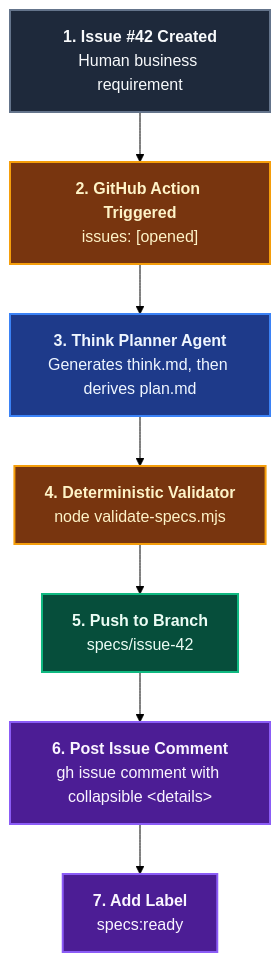
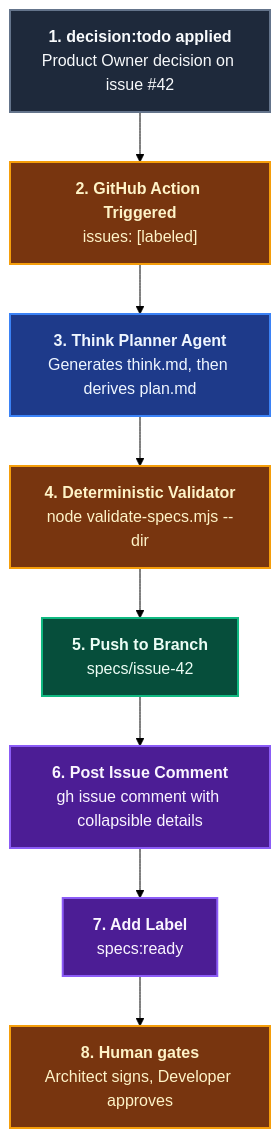
One commit to ALTEN-group/coding-pal changed the second of 2 diagrams in website/docs/guide/domain-think-plan.md. Above: the diagram before and after it, drawn with Mermaid (forest theme). The commit also changed other lines of this file and 219 other files, not shown here.

````diff
--- a/website/docs/guide/domain-think-plan.md
+++ b/website/docs/guide/domain-think-plan.md
@@ -124,24 +171,25 @@
 ```mermaid
 ---
 caption: GitHub Actions Issue-to-Specification Workflow
 ---
 flowchart TD
-    ISSUE["<b>1. Issue #42 Created</b><br/>Human business requirement"] --> ACT["<b>2. GitHub Action Triggered</b><br/>issues: [opened]"]
+    ISSUE["<b>1. decision:todo applied</b><br/>Product Owner decision on issue #42"] --> ACT["<b>2. GitHub Action Triggered</b><br/>issues: [labeled]"]
     ACT --> AG["<b>3. Think Planner Agent</b><br/>Generates think.md, then derives plan.md"]
-    AG --> VAL["<b>4. Deterministic Validator</b><br/>node validate-specs.mjs"]
+    AG --> VAL["<b>4. Deterministic Validator</b><br/>node validate-specs.mjs --dir"]
     VAL --> BR["<b>5. Push to Branch</b><br/>specs/issue-42"]
-    BR --> COM["<b>6. Post Issue Comment</b><br/>gh issue comment with collapsible &lt;details&gt;"]
+    BR --> COM["<b>6. Post Issue Comment</b><br/>gh issue comment with collapsible details"]
     COM --> LBL["<b>7. Add Label</b><br/>specs:ready"]
+    LBL --> HUM["<b>8. Human gates</b><br/>Architect signs, Developer approves"]
 
     classDef input fill:#1e293b,stroke:#64748b,stroke-width:2px,color:#f8fafc;
     classDef runner fill:#78350f,stroke:#f59e0b,stroke-width:2px,color:#fef3c7;
     classDef agent fill:#1e3a8a,stroke:#3b82f6,stroke-width:2px,color:#eff6ff;
     classDef git fill:#064e3b,stroke:#10b981,stroke-width:2px,color:#ecfdf5;
     classDef notify fill:#4c1d95,stroke:#8b5cf6,stroke-width:2px,color:#faf5ff;
 
     class ISSUE input;
-    class ACT,VAL runner;
+    class ACT,VAL,HUM runner;
     class AG agent;
     class BR git;
     class COM,LBL notify;
 ```
````
